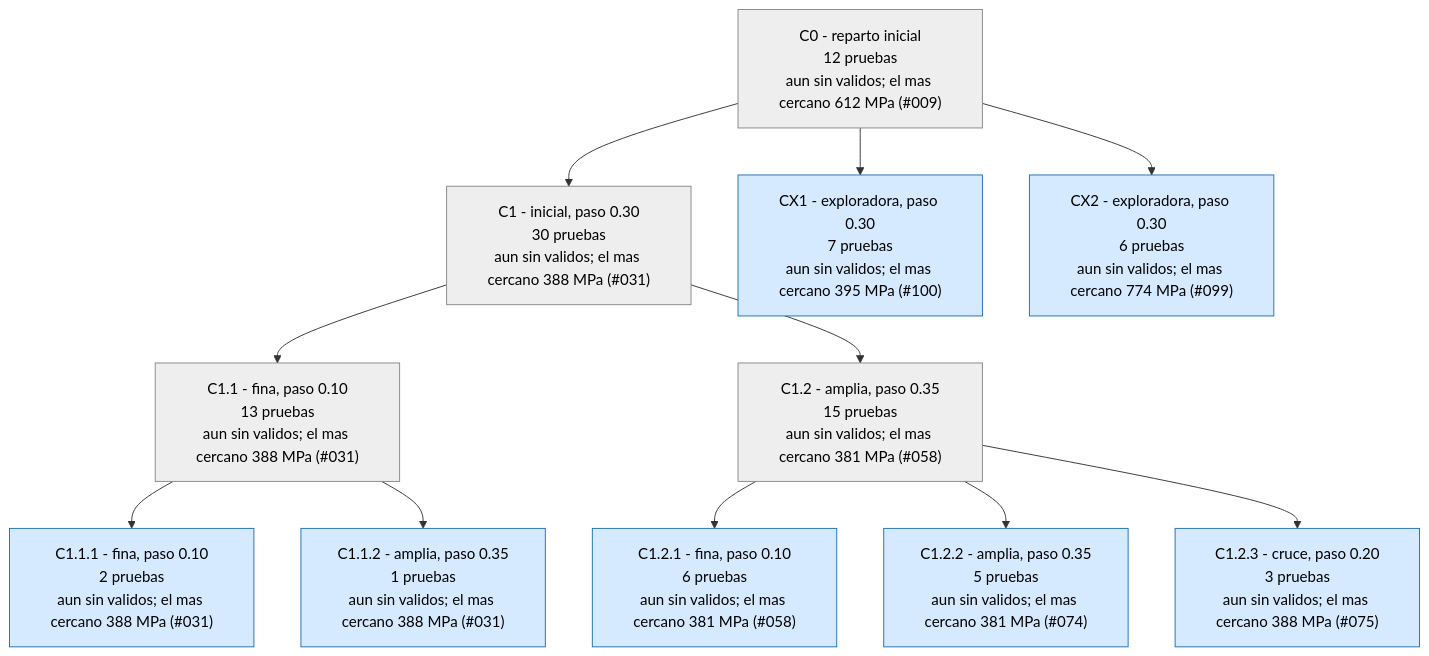
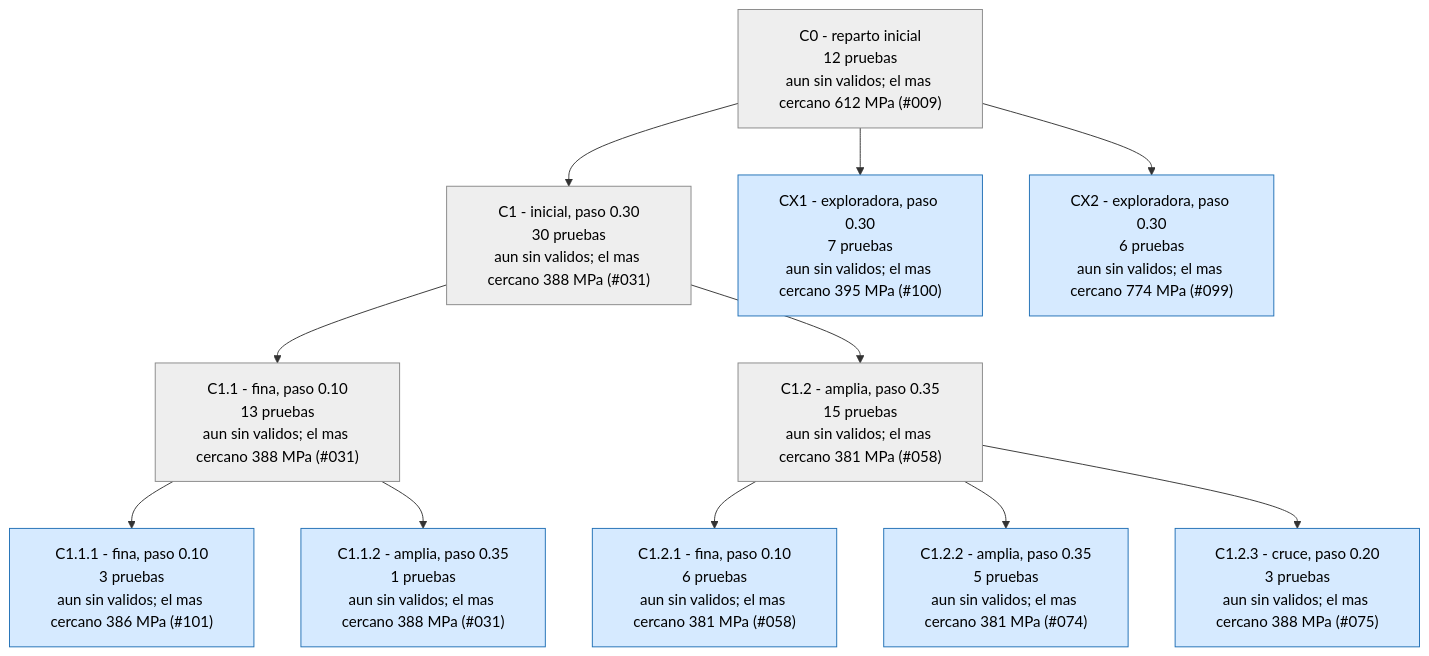
Before and after one commit to Hugiko/msd-soporte-optimizacion: the third of 4 diagrams in runs/opt_37800N/ARBOL.md, drawn with Mermaid. The commit also changed 21 other files, not shown here.

````diff
--- a/runs/opt_37800N/ARBOL.md
+++ b/runs/opt_37800N/ARBOL.md
@@ -145,27 +145,27 @@
 ```mermaid
 graph TD
 classDef activa fill:#d6eaff,stroke:#1f6fb5,color:#000
 classDef fin fill:#eeeeee,stroke:#888,color:#000
 classDef mejor fill:#c8f0c0,stroke:#1a9850,stroke-width:4px,color:#000
 C0["C0 - reparto inicial<br/>12 pruebas<br/>aun sin validos; el mas cercano 612 MPa (#009)"]:::fin
 C1["C1 - inicial, paso 0.30<br/>30 pruebas<br/>aun sin validos; el mas cercano 388 MPa (#031)"]:::fin
 C0 --> C1
 C1_1["C1.1 - fina, paso 0.10<br/>13 pruebas<br/>aun sin validos; el mas cercano 388 MPa (#031)"]:::fin
 C1 --> C1_1
 C1_2["C1.2 - amplia, paso 0.35<br/>15 pruebas<br/>aun sin validos; el mas cercano 381 MPa (#058)"]:::fin
 C1 --> C1_2
-C1_1_1["C1.1.1 - fina, paso 0.10<br/>2 pruebas<br/>aun sin validos; el mas cercano 388 MPa (#031)"]:::activa
+C1_1_1["C1.1.1 - fina, paso 0.10<br/>3 pruebas<br/>aun sin validos; el mas cercano 386 MPa (#101)"]:::activa
 C1_1 --> C1_1_1
 C1_1_2["C1.1.2 - amplia, paso 0.35<br/>1 pruebas<br/>aun sin validos; el mas cercano 388 MPa (#031)"]:::activa
 C1_1 --> C1_1_2
 C1_2_1["C1.2.1 - fina, paso 0.10<br/>6 pruebas<br/>aun sin validos; el mas cercano 381 MPa (#058)"]:::activa
 C1_2 --> C1_2_1
 C1_2_2["C1.2.2 - amplia, paso 0.35<br/>5 pruebas<br/>aun sin validos; el mas cercano 381 MPa (#074)"]:::activa
 C1_2 --> C1_2_2
 C1_2_3["C1.2.3 - cruce, paso 0.20<br/>3 pruebas<br/>aun sin validos; el mas cercano 388 MPa (#075)"]:::activa
 C1_2 --> C1_2_3
 CX1["CX1 - exploradora, paso 0.30<br/>7 pruebas<br/>aun sin validos; el mas cercano 395 MPa (#100)"]:::activa
 C0 --> CX1
 CX2["CX2 - exploradora, paso 0.30<br/>6 pruebas<br/>aun sin validos; el mas cercano 774 MPa (#099)"]:::activa
 C0 --> CX2
 ```
````
